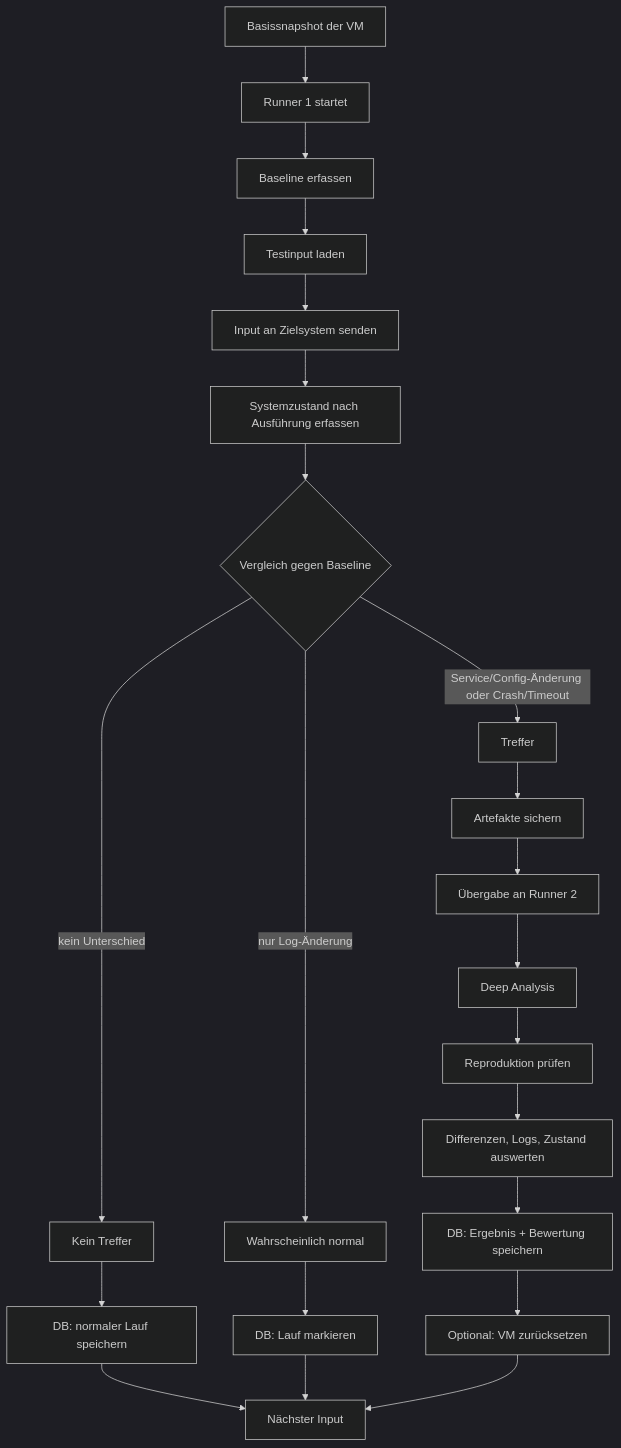
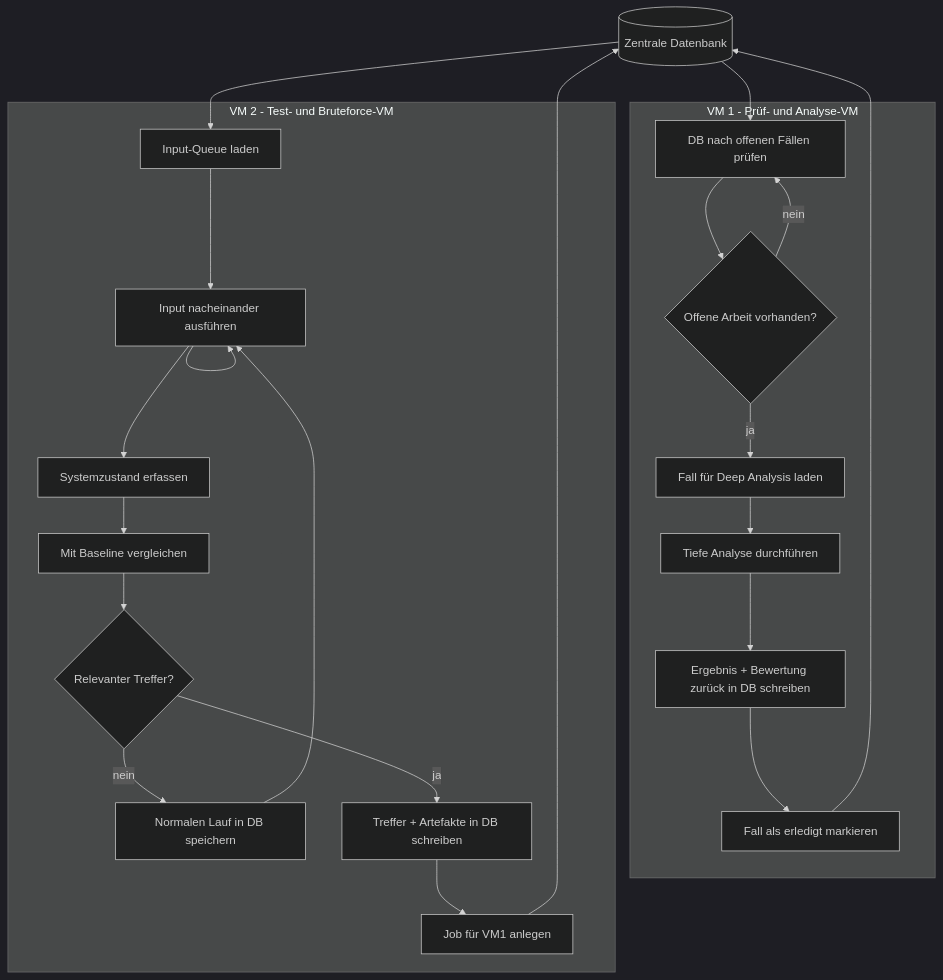
The diagram in README.md (florianthepro/bruteforce), drawn with Mermaid (dark theme) before and after one commit. The commit also changed other lines of this file, not shown here.

````diff
--- a/README.md
+++ b/README.md
@@ -36,30 +44,35 @@
 ```mermaid
 flowchart TD
-    A[Basissnapshot der VM] --> B[Runner 1 startet]
-    B --> C[Baseline erfassen]
-    C --> D[Testinput laden]
+    DB[(Zentrale Datenbank)]
 
-    D --> E[Input an Zielsystem senden]
-    E --> F[Systemzustand nach Ausführung erfassen]
+    subgraph VM1[VM 1 - Prüf- und Analyse-VM]
+        A1[DB nach offenen Fällen prüfen]
+        A2{Offene Arbeit vorhanden?}
+        A3[Fall für Deep Analysis laden]
+        A4[Tiefe Analyse durchführen]
+        A5[Ergebnis + Bewertung zurück in DB schreiben]
+        A6[Fall als erledigt markieren]
+    end
 
-    F --> G{Vergleich gegen Baseline}
+    subgraph VM2[VM 2 - Test- und Bruteforce-VM]
+        B1[Input-Queue laden]
+        B2[Input nacheinander ausführen]
+        B3[Systemzustand erfassen]
+        B4[Mit Baseline vergleichen]
+        B5{Relevanter Treffer?}
+        B6[Normalen Lauf in DB speichern]
+        B7[Treffer + Artefakte in DB schreiben]
+        B8[Job für VM1 anlegen]
+    end
 
-    G -- kein Unterschied --> H[Kein Treffer]
-    H --> I[DB: normaler Lauf speichern]
-    I --> J[Nächster Input]
+    DB --> A1
+    A1 --> A2
+    A2 -- ja --> A3 --> A4 --> A5 --> A6 --> DB
+    A2 -- nein --> A1
 
-    G -- nur Log-Änderung --> K[Wahrscheinlich normal]
-    K --> L[DB: Lauf markieren]
-    L --> J
-
-    G -- Service/Config-Änderung oder Crash/Timeout --> M[Treffer]
-    M --> N[Artefakte sichern]
-    N --> O[Übergabe an Runner 2]
-
-    O --> P[Deep Analysis]
-    P --> Q[Reproduktion prüfen]
-    Q --> R[Differenzen, Logs, Zustand auswerten]
-    R --> S[DB: Ergebnis + Bewertung speichern]
-    S --> T[Optional: VM zurücksetzen]
-    T --> J
+    DB --> B1
+    B1 --> B2 --> B3 --> B4 --> B5
+    B5 -- nein --> B6 --> B2
+    B5 -- ja --> B7 --> B8 --> DB
+    B2 --> B2
 ```
````
